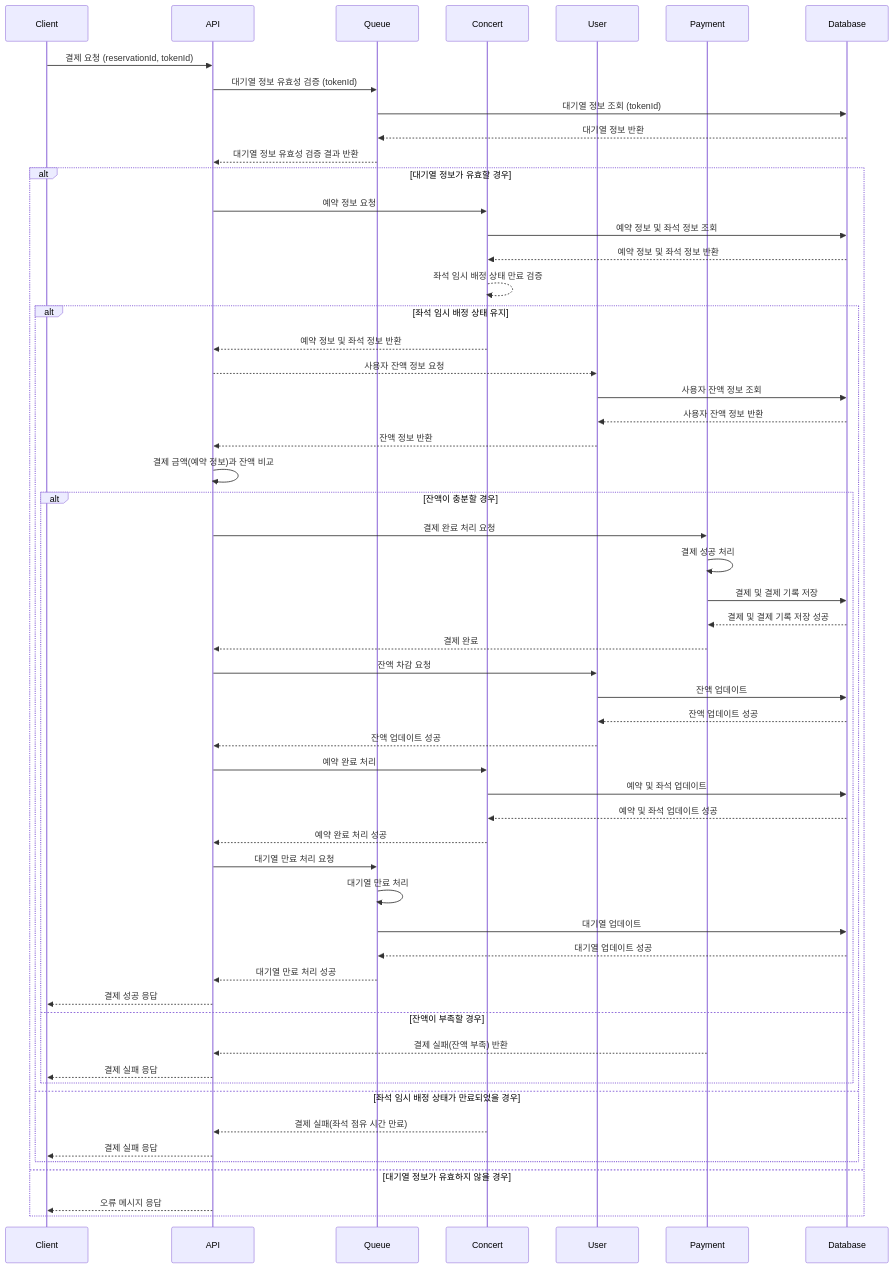
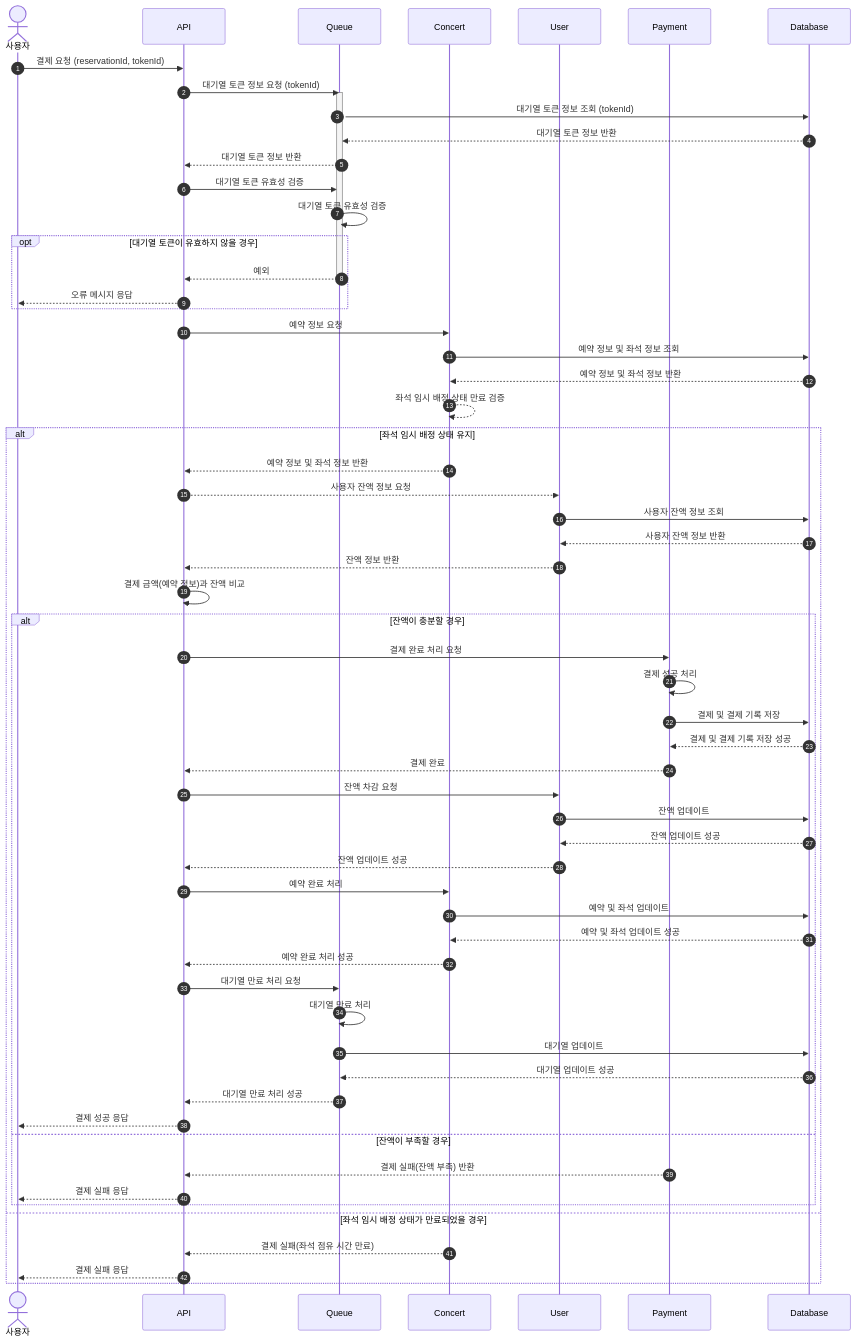
Before and after one commit to cocomongg/concert-reservation-system: the eighth of 8 diagrams in docs/SequenceDiagram.md, drawn with Mermaid. The commit also changed other lines of this file, not shown here.

Commit message:
fix: sequence diagram 수정

````diff
--- a/docs/SequenceDiagram.md
+++ b/docs/SequenceDiagram.md
@@ -227,59 +289,64 @@
 ```mermaid
 sequenceDiagram
-    participant Client
+    autonumber
+    Actor U as 사용자
     participant API
     participant Queue
     participant Concert
     participant User
     participant Payment
     participant Database
 
-    Client->>API: 결제 요청 (reservationId, tokenId)
-    API->>Queue: 대기열 정보 유효성 검증 (tokenId)
-    Queue ->> Database: 대기열 정보 조회 (tokenId)
-    Database -->> Queue: 대기열 정보 반환
-    Queue -->> API: 대기열 정보 유효성 검증 결과 반환
-    alt 대기열 정보가 유효할 경우
-        API ->> Concert: 예약 정보 요청
-        Concert ->> Database: 예약 정보 및 좌석 정보 조회
-        Database -->> Concert: 예약 정보 및 좌석 정보 반환
-        Concert -->> Concert: 좌석 임시 배정 상태 만료 검증
-        alt 좌석 임시 배정 상태 유지
-            Concert -->> API: 예약 정보 및 좌석 정보 반환
-            API -->> User: 사용자 잔액 정보 요청
-            User ->> Database: 사용자 잔액 정보 조회
-            Database -->> User: 사용자 잔액 정보 반환
-            User -->> API: 잔액 정보 반환
-            API ->> API: 결제 금액(예약 정보)과 잔액 비교
-            alt 잔액이 충분할 경우
-                API ->> Payment: 결제 완료 처리 요청
-                Payment ->> Payment: 결제 성공 처리
-                Payment ->> Database: 결제 및 결제 기록 저장
-                Database -->> Payment: 결제 및 결제 기록 저장 성공
-                Payment -->> API: 결제 완료
-                API ->> User: 잔액 차감 요청
-                User ->> Database: 잔액 업데이트
-                Database -->> User: 잔액 업데이트 성공
-                User -->> API: 잔액 업데이트 성공
-                API ->> Concert: 예약 완료 처리
-                Concert ->> Database: 예약 및 좌석 업데이트
-                Database -->> Concert: 예약 및 좌석 업데이트 성공
-                Concert -->> API: 예약 완료 처리 성공
-                API ->> Queue: 대기열 만료 처리 요청
-                Queue ->> Queue: 대기열 만료 처리
-                Queue ->> Database: 대기열 업데이트
-                Database -->> Queue: 대기열 업데이트 성공
-                Queue -->> API: 대기열 만료 처리 성공
-                API -->> Client: 결제 성공 응답
-            else 잔액이 부족할 경우
-                Payment -->> API: 결제 실패(잔액 부족) 반환
-                API -->> Client: 결제 실패 응답
-            end
-        else 좌석 임시 배정 상태가 만료되었을 경우
-            Concert -->> API: 결제 실패(좌석 점유 시간 만료)
-            API -->> Client: 결제 실패 응답
+    U->>API: 결제 요청 (reservationId, tokenId)
+    API->>Queue: 대기열 토큰 정보 요청 (tokenId)
+    activate Queue
+    Queue ->> Database: 대기열 토큰 정보 조회 (tokenId)
+    Database -->> Queue: 대기열 토큰 정보 반환
+    Queue -->> API: 대기열 토큰 정보 반환
+    API ->> Queue: 대기열 토큰 유효성 검증
+    Queue ->> Queue: 대기열 토큰 유효성 검증
+    opt 대기열 토큰이 유효하지 않을 경우
+        Queue -->> API: 예외
+        deactivate Queue
+        API -->> U: 오류 메시지 응답
+    end
+    API ->> Concert: 예약 정보 요청
+    Concert ->> Database: 예약 정보 및 좌석 정보 조회
+    Database -->> Concert: 예약 정보 및 좌석 정보 반환
+    Concert -->> Concert: 좌석 임시 배정 상태 만료 검증
+    alt 좌석 임시 배정 상태 유지
+        Concert -->> API: 예약 정보 및 좌석 정보 반환
+        API -->> User: 사용자 잔액 정보 요청
+        User ->> Database: 사용자 잔액 정보 조회
+        Database -->> User: 사용자 잔액 정보 반환
+        User -->> API: 잔액 정보 반환
+        API ->> API: 결제 금액(예약 정보)과 잔액 비교
+        alt 잔액이 충분할 경우
+            API ->> Payment: 결제 완료 처리 요청
+            Payment ->> Payment: 결제 성공 처리
+            Payment ->> Database: 결제 및 결제 기록 저장
+            Database -->> Payment: 결제 및 결제 기록 저장 성공
+            Payment -->> API: 결제 완료
+            API ->> User: 잔액 차감 요청
+            User ->> Database: 잔액 업데이트
+            Database -->> User: 잔액 업데이트 성공
+            User -->> API: 잔액 업데이트 성공
+            API ->> Concert: 예약 완료 처리
+            Concert ->> Database: 예약 및 좌석 업데이트
+            Database -->> Concert: 예약 및 좌석 업데이트 성공
+            Concert -->> API: 예약 완료 처리 성공
+            API ->> Queue: 대기열 만료 처리 요청
+            Queue ->> Queue: 대기열 만료 처리
+            Queue ->> Database: 대기열 업데이트
+            Database -->> Queue: 대기열 업데이트 성공
+            Queue -->> API: 대기열 만료 처리 성공
+            API -->> U: 결제 성공 응답
+        else 잔액이 부족할 경우
+            Payment -->> API: 결제 실패(잔액 부족) 반환
+            API -->> U: 결제 실패 응답
         end
-    else 대기열 정보가 유효하지 않을 경우
-        API -->> Client: 오류 메시지 응답
+    else 좌석 임시 배정 상태가 만료되었을 경우
+        Concert -->> API: 결제 실패(좌석 점유 시간 만료)
+        API -->> U: 결제 실패 응답
     end
 ```
````
